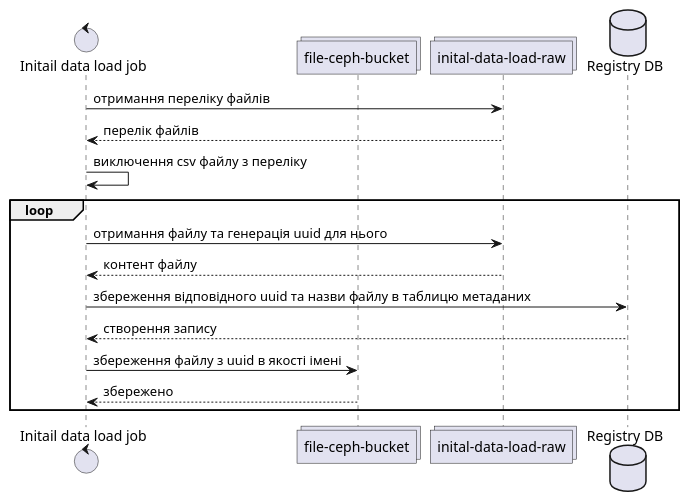
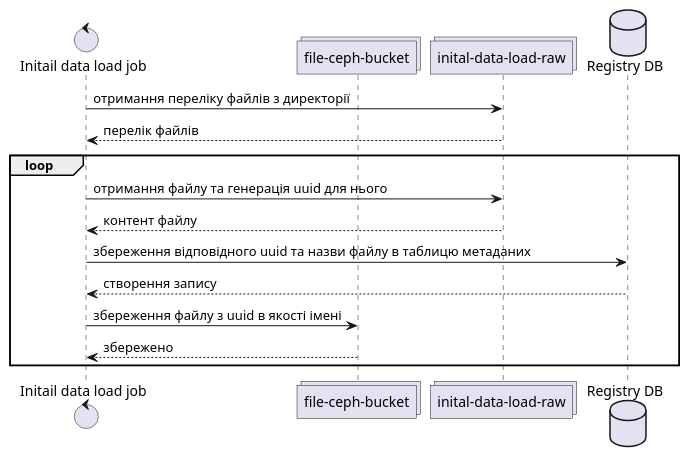
The fourth of 4 diagrams in docs/ua/modules/arch/pages/architecture-workspace/platform-evolution/initial-load/inital-load.adoc (epam/edp-ddm-architecture), drawn with PlantUML before and after one commit. The commit also changed other lines of this file, not shown here.

```diff
--- a/docs/ua/modules/arch/pages/architecture-workspace/platform-evolution/initial-load/inital-load.adoc
+++ b/docs/ua/modules/arch/pages/architecture-workspace/platform-evolution/initial-load/inital-load.adoc
@@ -289,20 +308,19 @@
 [plantuml]
 ----
 control "Initail data load job" as job
 collections "file-ceph-bucket" as file
 collections "inital-data-load-raw" as raw
 database "Registry DB" as db
 
 
-job -> raw: отримання переліку файлів
+job -> raw: отримання переліку файлів з директорії
 return перелік файлів
-job -> job: виключення csv файлу з переліку
 loop
 job -> raw: отримання файлу та генерація uuid для нього
 return контент файлу
 job -> db: збереження відповідного uuid та назви файлу в таблицю метаданих
 return створення запису
 job -> file: збереження файлу з uuid в якості імені
 return збережено
 end
 ----
```
